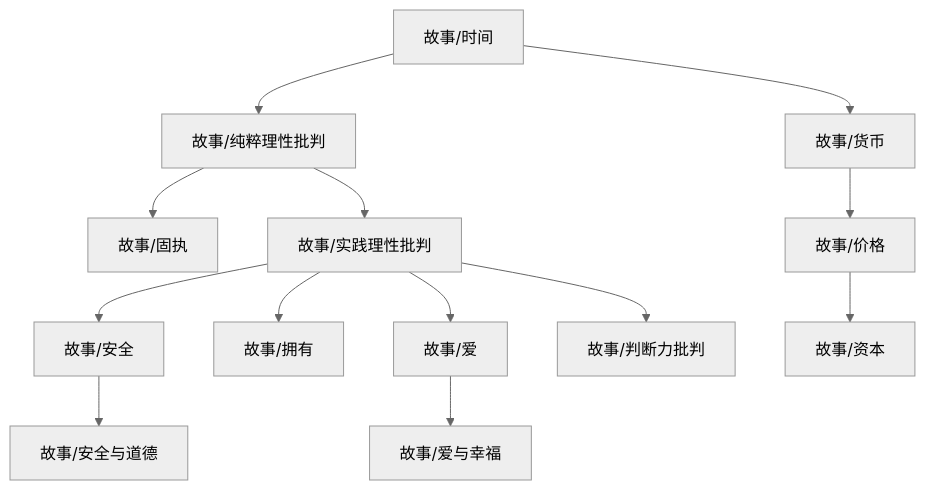
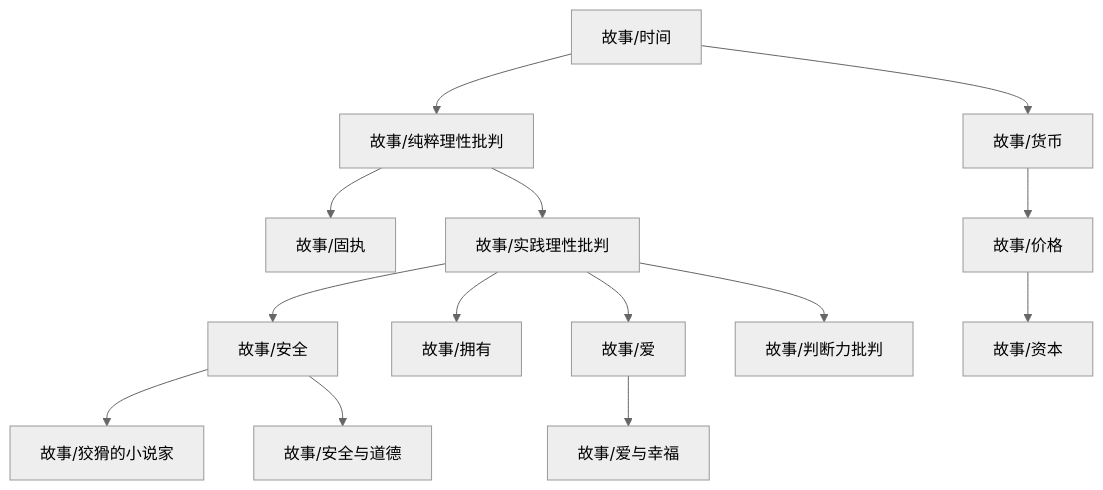
The diagram in content/故事/dependency_graph.md (zeroDtree/zeroDtree.github.io), drawn with Mermaid (neutral theme) before and after one commit. The commit also changed 2 other files, not shown here.

````diff
--- a/content/故事/dependency_graph.md
+++ b/content/故事/dependency_graph.md
@@ -1,15 +1,16 @@
 ```mermaid
 graph TD
 1["故事/纯粹理性批判"] --> 0["故事/固执"]
 3["故事/价格"] --> 2["故事/资本"]
-1["故事/纯粹理性批判"] --> 4["故事/实践理性批判"]
-5["故事/时间"] --> 1["故事/纯粹理性批判"]
-4["故事/实践理性批判"] --> 6["故事/安全"]
-4["故事/实践理性批判"] --> 7["故事/拥有"]
-4["故事/实践理性批判"] --> 8["故事/爱"]
-9["故事/货币"] --> 3["故事/价格"]
-6["故事/安全"] --> 11["故事/安全与道德"]
-8["故事/爱"] --> 12["故事/爱与幸福"]
-5["故事/时间"] --> 9["故事/货币"]
-4["故事/实践理性批判"] --> 13["故事/判断力批判"]
+5["故事/安全"] --> 4["故事/狡猾的小说家"]
+1["故事/纯粹理性批判"] --> 6["故事/实践理性批判"]
+7["故事/时间"] --> 1["故事/纯粹理性批判"]
+6["故事/实践理性批判"] --> 5["故事/安全"]
+6["故事/实践理性批判"] --> 8["故事/拥有"]
+6["故事/实践理性批判"] --> 9["故事/爱"]
+10["故事/货币"] --> 3["故事/价格"]
+5["故事/安全"] --> 12["故事/安全与道德"]
+9["故事/爱"] --> 13["故事/爱与幸福"]
+7["故事/时间"] --> 10["故事/货币"]
+6["故事/实践理性批判"] --> 14["故事/判断力批判"]
 ```
````
